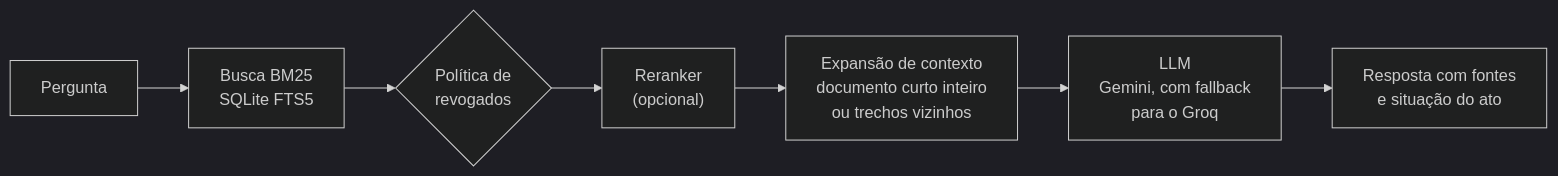
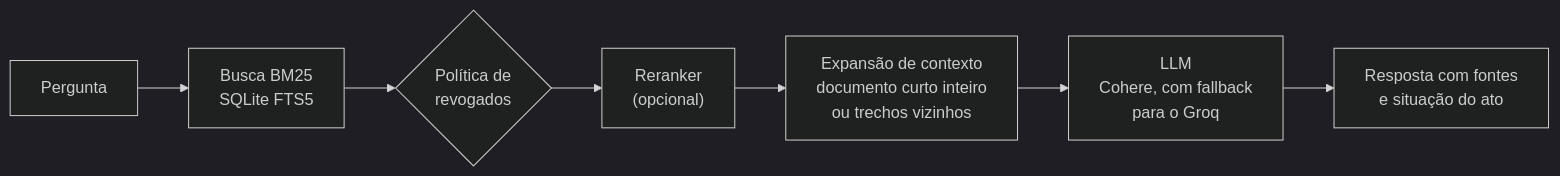
Before and after one commit to GuilhermeBarros12/rag_aneel: the diagram in README.md, drawn with Mermaid (dark theme). The commit also changed other lines of this file and 10 other files, not shown here.

First line of the commit message:
feat: remove o Gemini e usa a Cohere como LLM principal, com fallback no Groq

````diff
--- a/README.md
+++ b/README.md
@@ -22,9 +22,9 @@
 ```mermaid
 flowchart LR
     P[Pergunta] --> B["Busca BM25<br/>SQLite FTS5"]
     B --> R{"Política de<br/>revogados"}
     R --> K["Reranker<br/>(opcional)"]
     K --> E["Expansão de contexto<br/>documento curto inteiro<br/>ou trechos vizinhos"]
-    E --> L["LLM<br/>Gemini, com fallback<br/>para o Groq"]
+    E --> L["LLM<br/>Cohere, com fallback<br/>para o Groq"]
     L --> A["Resposta com fontes<br/>e situação do ato"]
 ```
````
